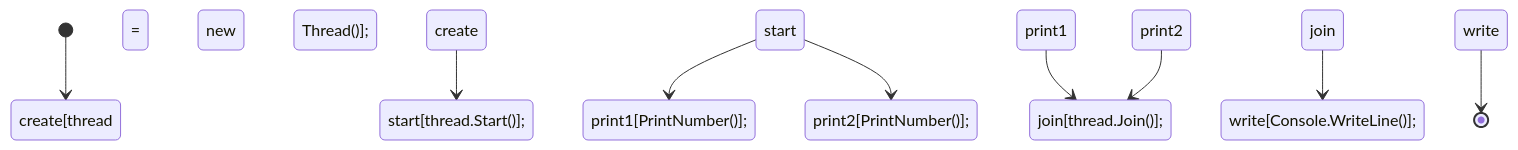
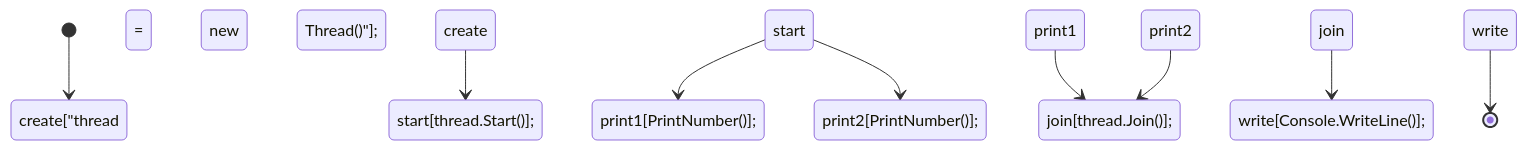
One commit to lupamedeiros/pjd_redes changed the diagram in aula_02/README.md. Above: the diagram before and after it, drawn with Mermaid.

Commit message:
update aula_02

````diff
--- a/aula_02/README.md
+++ b/aula_02/README.md
@@ -82,11 +82,11 @@
 ```mermaid
 stateDiagram-v2 
-    [*] --> create[thread = new Thread()];
+    [*] --> create["thread = new Thread()"];
     create --> start[thread.Start()];
     start --> print1[PrintNumber()];
     start --> print2[PrintNumber()];
     print1 --> join[thread.Join()];
     print2 --> join[thread.Join()];
     join --> write[Console.WriteLine()];
     write --> [*]
 ```
````
